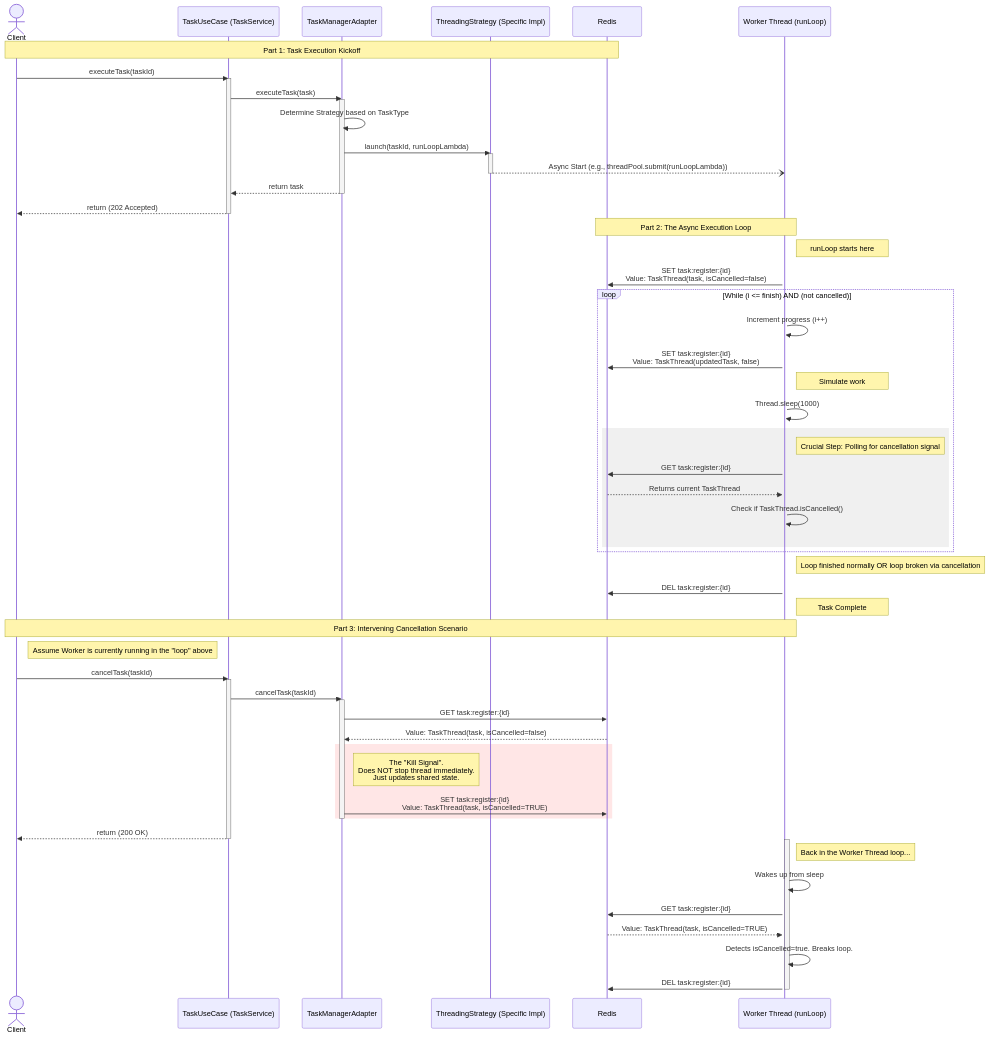
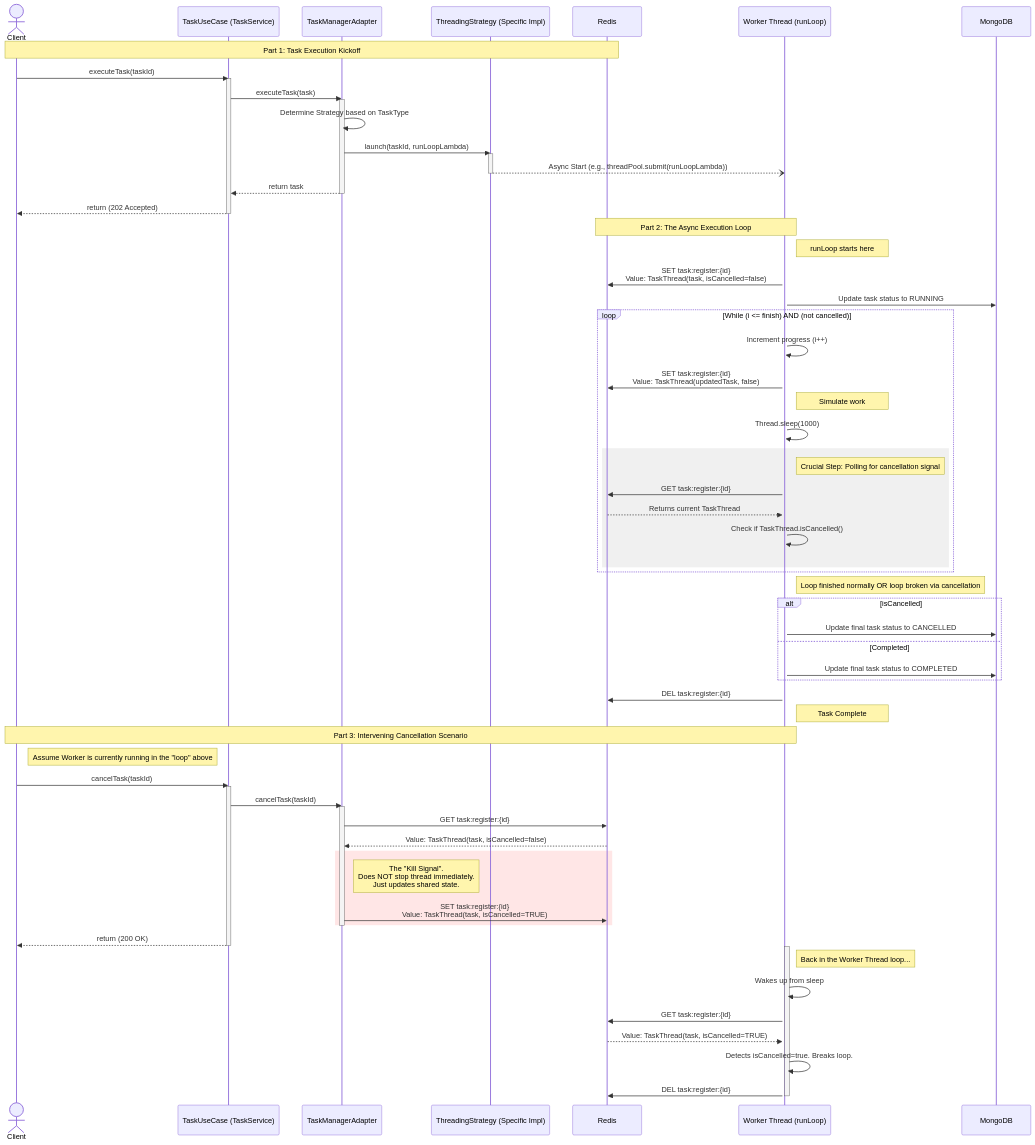
Before and after one commit to garrido-mosqueira/hexagonal-architecture: the diagram in docs/mermaid-diagram.mmd, drawn with Mermaid. The commit also changed 8 other files, not shown here.

Commit message:
Introduce `TaskStatus` for enhanced task lifecycle tracking and align adapters with Hexagonal Architecture.

```diff
--- a/docs/mermaid-diagram.mmd
+++ b/docs/mermaid-diagram.mmd
@@ -1,75 +1,82 @@
 sequenceDiagram
     actor Client
     participant UC as TaskUseCase (TaskService)
     participant TM as TaskManagerAdapter
     participant TS as ThreadingStrategy (Specific Impl)
     participant Redis
     participant Worker as Worker Thread (runLoop)
+    participant DB as MongoDB
 
     note over Client, Redis: Part 1: Task Execution Kickoff
 
     Client->>UC: executeTask(taskId)
     activate UC
     UC->>TM: executeTask(task)
     activate TM
     TM->>TM: Determine Strategy based on TaskType
     TM->>TS: launch(taskId, runLoopLambda)
     activate TS
     TS--)Worker: Async Start (e.g., threadPool.submit(runLoopLambda))
     deactivate TS
     TM-->>UC: return task
     deactivate TM
     UC-->>Client: return (202 Accepted)
     deactivate UC
 
     note over Redis, Worker: Part 2: The Async Execution Loop
 
     activate Worker
     note right of Worker: runLoop starts here
     Worker->>Redis: SET task:register:{id} <br/>Value: TaskThread(task, isCancelled=false)
+    Worker->>DB: Update task status to RUNNING
     
     loop While (i <= finish) AND (not cancelled)
         Worker->>Worker: Increment progress (i++)
         Worker->>Redis: SET task:register:{id} <br/>Value: TaskThread(updatedTask, false)
         note right of Worker: Simulate work
         Worker->>Worker: Thread.sleep(1000)
 
         rect rgb(240, 240, 240)
             note right of Worker: Crucial Step: Polling for cancellation signal
             Worker->>Redis: GET task:register:{id}
             Redis-->>Worker: Returns current TaskThread
             Worker->>Worker: Check if TaskThread.isCancelled()
         end
     end
 
     note right of Worker: Loop finished normally OR loop broken via cancellation
+    alt isCancelled
+        Worker->>DB: Update final task status to CANCELLED
+    else Completed
+        Worker->>DB: Update final task status to COMPLETED
+    end
     Worker->>Redis: DEL task:register:{id}
     note right of Worker: Task Complete
 
 
     note over Client, Worker: Part 3: Intervening Cancellation Scenario
 
     note right of Client: Assume Worker is currently running in the "loop" above
     Client->>UC: cancelTask(taskId)
     activate UC
     UC->>TM: cancelTask(taskId)
     activate TM
     TM->>Redis: GET task:register:{id}
     Redis-->>TM: Value: TaskThread(task, isCancelled=false)
     
     rect rgb(255, 230, 230)
         note right of TM: The "Kill Signal". <br/>Does NOT stop thread immediately.<br/>Just updates shared state.
         TM->>Redis: SET task:register:{id} <br/>Value: TaskThread(task, isCancelled=TRUE)
     end
     deactivate TM
     UC-->>Client: return (200 OK)
     deactivate UC
 
     activate Worker
     note right of Worker: Back in the Worker Thread loop...
     Worker->>Worker: Wakes up from sleep
     Worker->>Redis: GET task:register:{id}
     Redis-->>Worker: Value: TaskThread(task, isCancelled=TRUE)
     Worker->>Worker: Detects isCancelled=true. Breaks loop.
     Worker->>Redis: DEL task:register:{id}
     deactivate Worker
```
